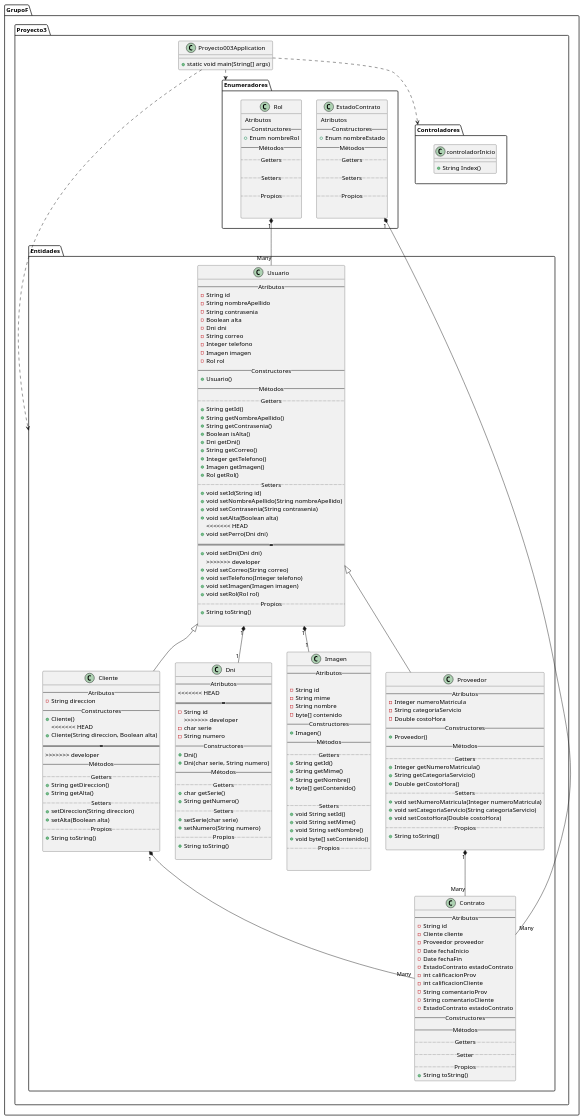
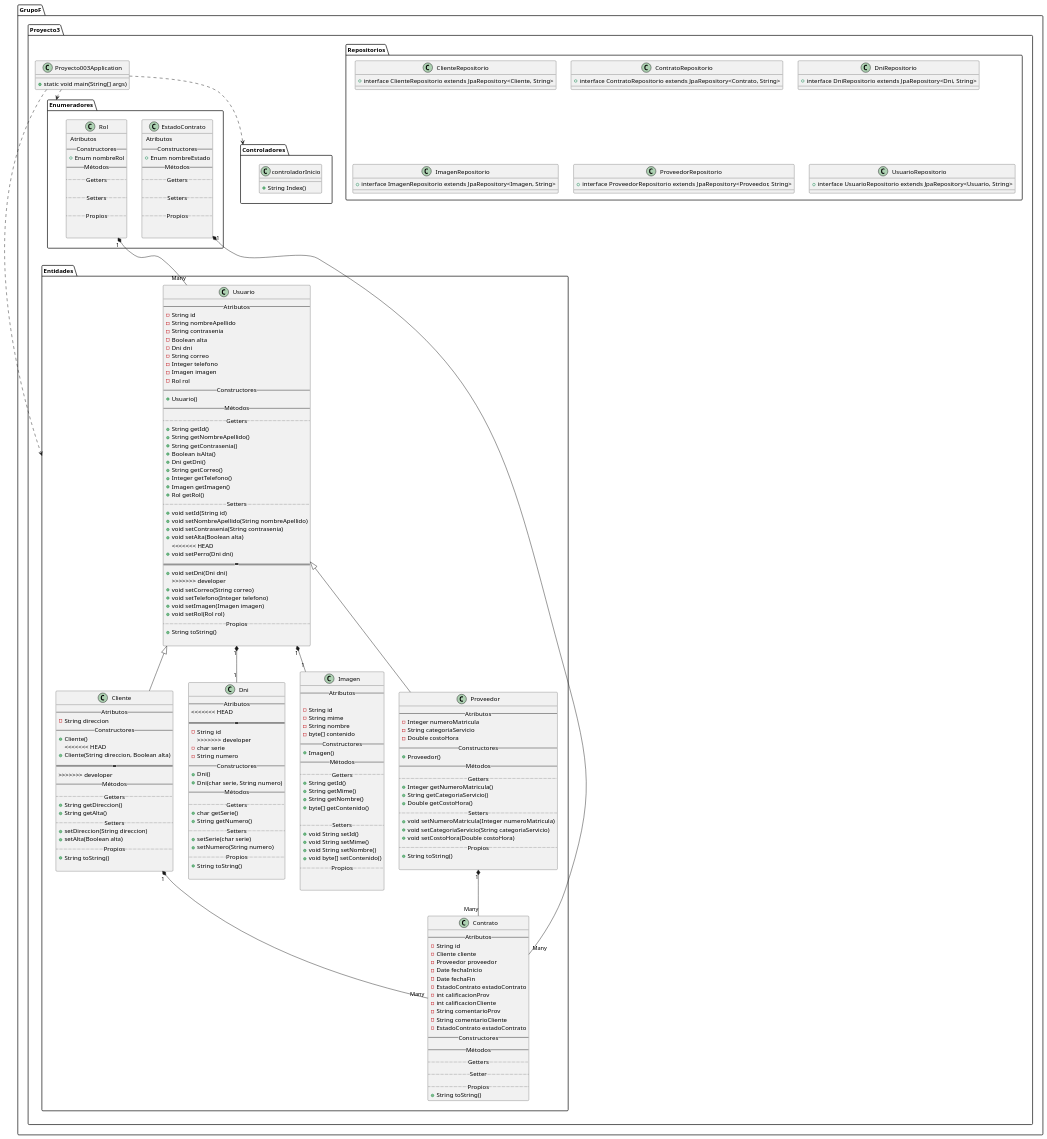
The diagram in uml.puml (FullStackEggDRoa/proyecto_003-GF), drawn with PlantUML before and after one commit.

Commit message:
Actualización UML - DR

```diff
--- a/uml.puml
+++ b/uml.puml
@@ -195,6 +195,25 @@
 class GrupoF.Proyecto3.Controladores.controladorInicio{
     +String Index()
 }
+class GrupoF.Proyecto3.Repositorios.ClienteRepositorio{
+    +interface ClienteRepositorio extends JpaRepository<Cliente, String>
+}
+class GrupoF.Proyecto3.Repositorios.ContratoRepositorio{
+    +interface ContratoRepositorio extends JpaRepository<Contrato, String>
+}
+class GrupoF.Proyecto3.Repositorios.DniRepositorio{
+    +interface DniRepositorio extends JpaRepository<Dni, String>
+}
+class GrupoF.Proyecto3.Repositorios.ImagenRepositorio{
+    +interface ImagenRepositorio extends JpaRepository<Imagen, String>
+}
+class GrupoF.Proyecto3.Repositorios.ProveedorRepositorio{
+    +interface ProveedorRepositorio extends JpaRepository<Proveedor, String>
+}
+class GrupoF.Proyecto3.Repositorios.UsuarioRepositorio{
+    +interface UsuarioRepositorio extends JpaRepository<Usuario, String>
+}
+
 
 GrupoF.Proyecto3.Proyecto003Application ..> GrupoF.Proyecto3.Entidades
 GrupoF.Proyecto3.Proyecto003Application ..> GrupoF.Proyecto3.Controladores
```
